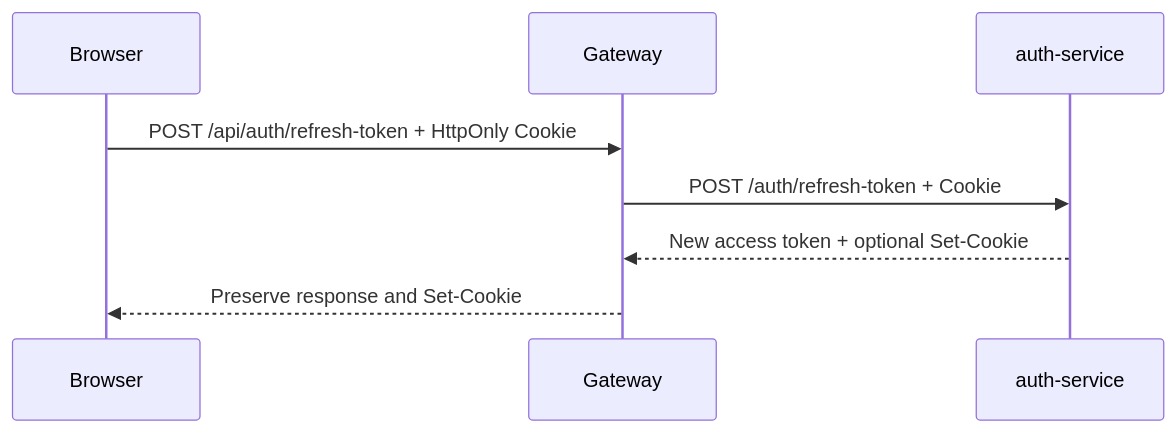
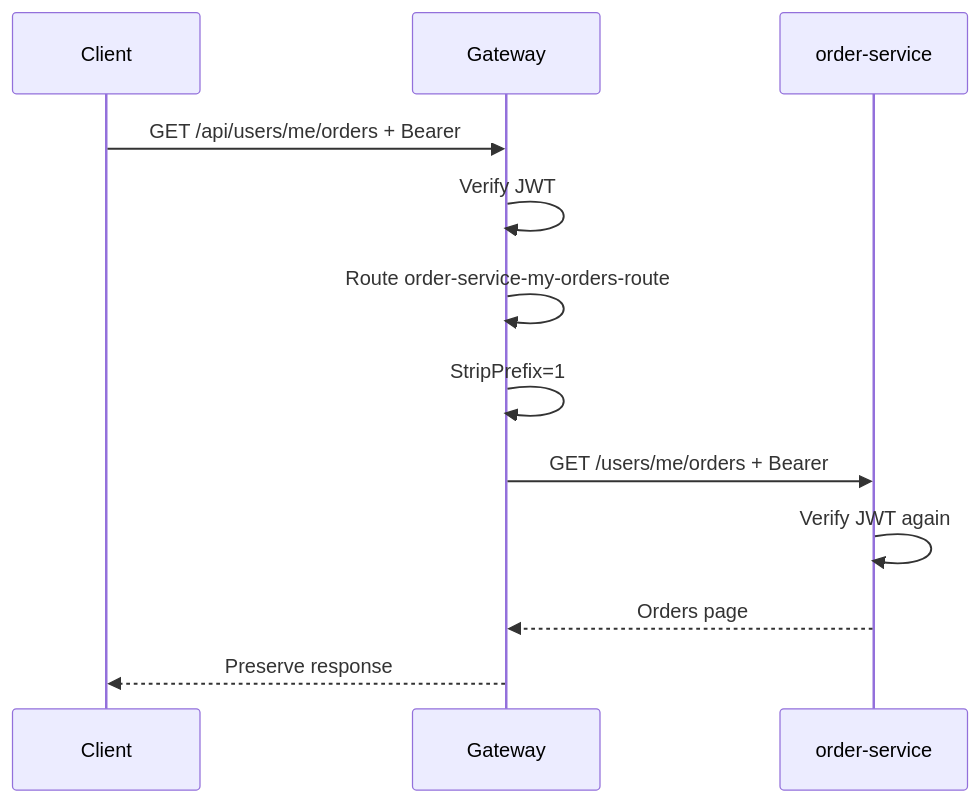
The third of 4 diagrams in docs/contracts/flows/api-gateway-flow.md (software-design-138gogo/tickefy-backend), drawn with Mermaid before and after one commit. The commit also changed other lines of this file and 1 other file, not shown here.

Commit message:
docs(gateway): update API gateway contracts

````diff
--- a/docs/contracts/flows/api-gateway-flow.md
+++ b/docs/contracts/flows/api-gateway-flow.md
@@ -205,11 +94,15 @@
 ```mermaid
 sequenceDiagram
-    participant Browser
+    participant Client
     participant Gateway
-    participant Auth as auth-service
+    participant Order as order-service
 
-    Browser->>Gateway: POST /api/auth/refresh-token + HttpOnly Cookie
-    Gateway->>Auth: POST /auth/refresh-token + Cookie
-    Auth-->>Gateway: New access token + optional Set-Cookie
-    Gateway-->>Browser: Preserve response and Set-Cookie
+    Client->>Gateway: GET /api/users/me/orders + Bearer
+    Gateway->>Gateway: Verify JWT
+    Gateway->>Gateway: Route order-service-my-orders-route
+    Gateway->>Gateway: StripPrefix=1
+    Gateway->>Order: GET /users/me/orders + Bearer
+    Order->>Order: Verify JWT again
+    Order-->>Gateway: Orders page
+    Gateway-->>Client: Preserve response
 ```
````
